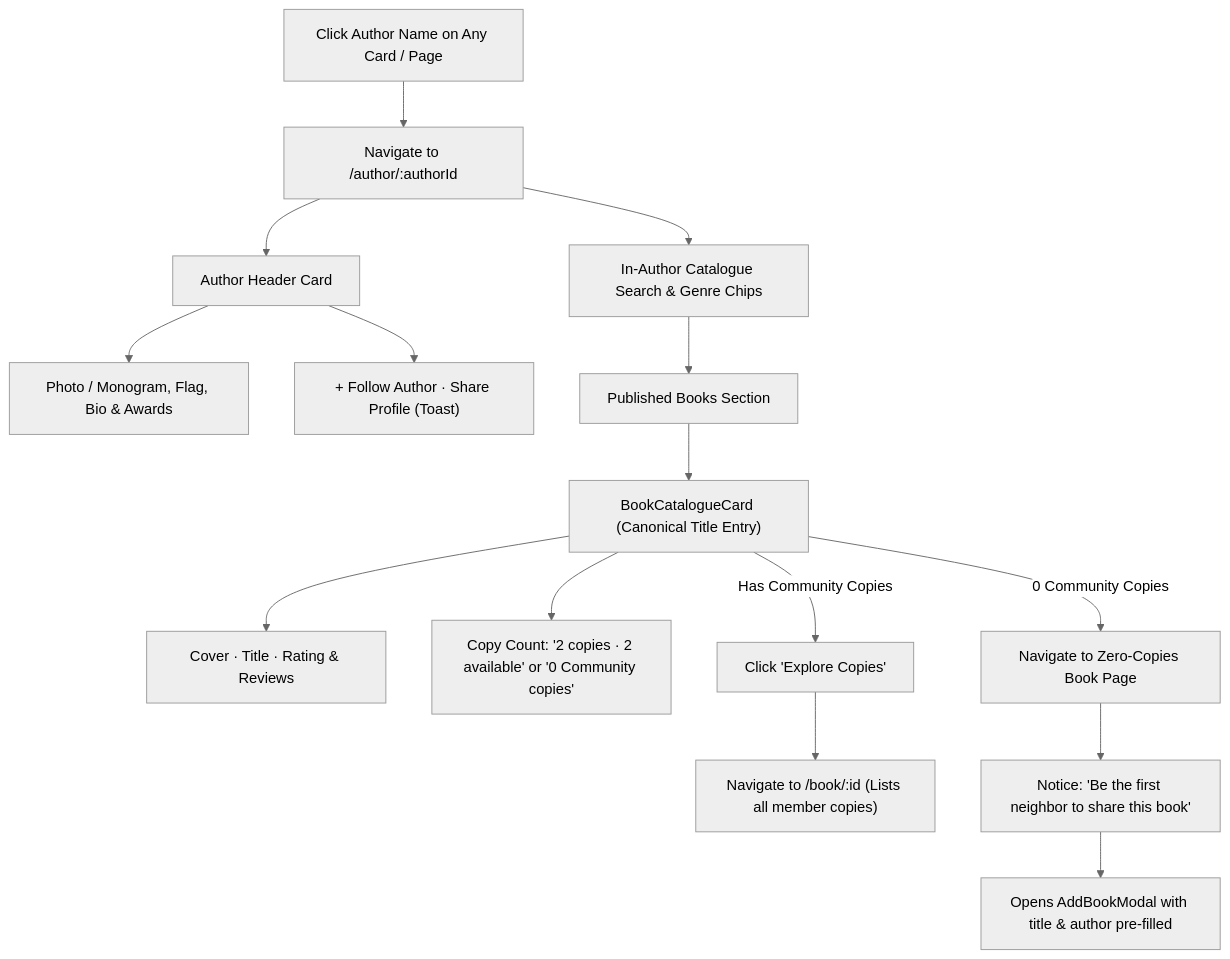
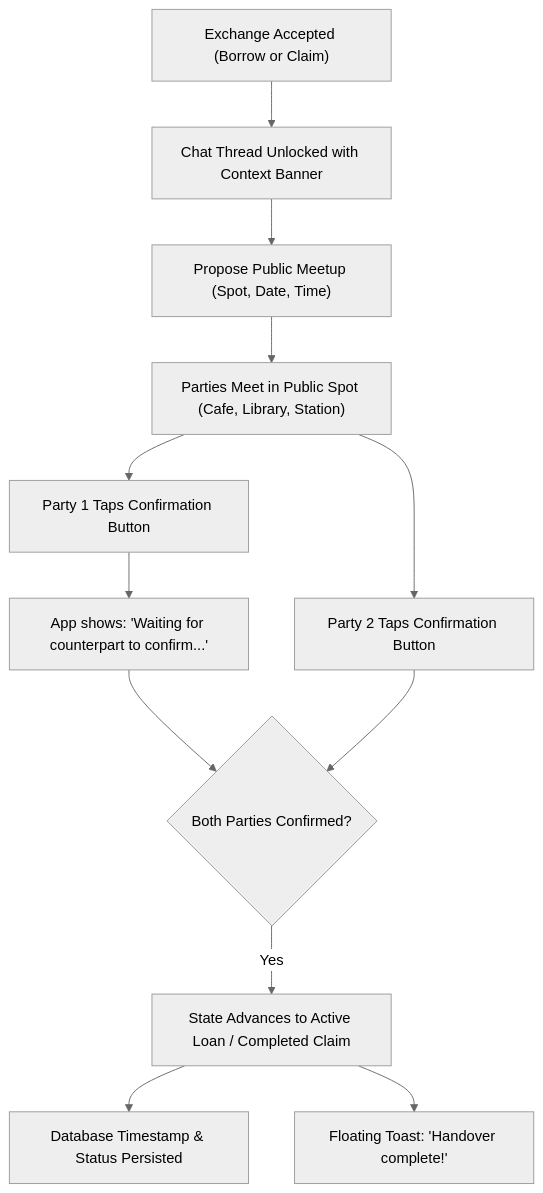
One commit to ajmol-official/BookCircle changed the third of 4 diagrams in docs/USER_FLOWS.md. Above: the diagram before and after it, drawn with Mermaid (neutral theme). The commit also changed other lines of this file, not shown here.

Commit message:
docs: complete comprehensive user flow audit and developer guide

````diff
--- a/docs/USER_FLOWS.md
+++ b/docs/USER_FLOWS.md
@@ -141,22 +165,16 @@
 ```mermaid
 flowchart TD
-    AuthorClick["Click Author Name on Any Card / Page"] --> AuthorRoute["Navigate to /author/:authorId"]
+    Accepted["Exchange Accepted (Borrow or Claim)"] --> UnlockChat["Chat Thread Unlocked with Context Banner"]
+    UnlockChat --> Propose["Propose Public Meetup (Spot, Date, Time)"]
+    Propose --> PhysicalMeeting["Parties Meet in Public Spot (Cafe, Library, Station)"]
     
-    AuthorRoute --> Header["Author Header Card"]
-    Header --> PhotoBio["Photo / Monogram, Flag, Bio & Awards"]
-    Header --> ActionBtns["+ Follow Author · Share Profile (Toast)"]
+    PhysicalMeeting --> PartyA["Party 1 Taps Confirmation Button"]
+    PartyA --> WaitingBanner["App shows: 'Waiting for counterpart to confirm...'"]
     
-    AuthorRoute --> SearchBar["In-Author Catalogue Search & Genre Chips"]
-    SearchBar --> CatalogueList["Published Books Section"]
+    PhysicalMeeting --> PartyB["Party 2 Taps Confirmation Button"]
     
-    CatalogueList --> CatCard["BookCatalogueCard (Canonical Title Entry)"]
-    CatCard --> Info["Cover · Title · Rating & Reviews"]
-    CatCard --> CopiesMeta["Copy Count: '2 copies · 2 available' or '0 Community copies'"]
-    
-    CatCard -->|Has Community Copies| ExploreCopies["Click 'Explore Copies'"]
-    ExploreCopies --> BookDetails["Navigate to /book/:id (Lists all member copies)"]
-    
-    CatCard -->|0 Community Copies| ZeroCopiesState["Navigate to Zero-Copies Book Page"]
-    ZeroCopiesState --> PromptAdd["Notice: 'Be the first neighbor to share this book'"]
-    PromptAdd --> PreFillModal["Opens AddBookModal with title & author pre-filled"]
+    WaitingBanner & PartyB --> DualSync{"Both Parties Confirmed?"}
+    DualSync -->|Yes| TransitionState["State Advances to Active Loan / Completed Claim"]
+    TransitionState --> SyncDB["Database Timestamp & Status Persisted"]
+    TransitionState --> ToastFeedback["Floating Toast: 'Handover complete!'"]
 ```
````
